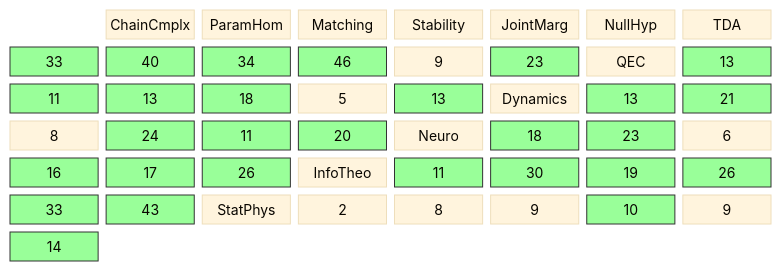
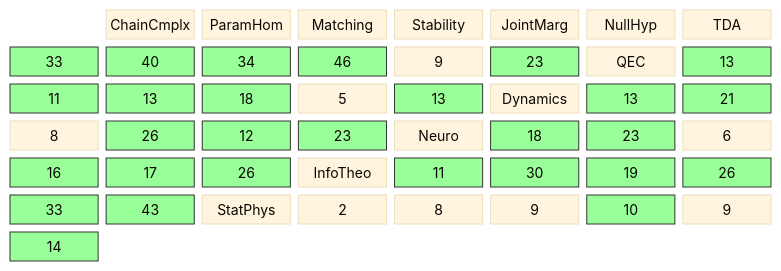
The diagram in diagrams/coverage-matrix.md (musicofhel/topoyolo), drawn with Mermaid before and after one commit. The commit also changed other lines of this file and 9 other files, not shown here.

````diff
--- a/diagrams/coverage-matrix.md
+++ b/diagrams/coverage-matrix.md
@@ -22,42 +22,42 @@
 ```mermaid
 %%{init: {'theme': 'base', 'themeVariables': {'fontSize': '14px'}}}%%
 block-beta
   columns 8
 
   space:1 CC["ChainCmplx"] PH["ParamHom"] MA["Matching"] ST["Stability"] JM["JointMarg"] NH["NullHyp"]
 
   TDA["TDA"] TDA_CC["33"] TDA_PH["40"] TDA_MA["34"] TDA_ST["46"] TDA_JM["9"] TDA_NH["23"]
   QEC["QEC"] QEC_CC["13"] QEC_PH["11"] QEC_MA["13"] QEC_ST["18"] QEC_JM["5"] QEC_NH["13"]
-  DYN["Dynamics"] DYN_CC["13"] DYN_PH["21"] DYN_MA["8"] DYN_ST["24"] DYN_JM["11"] DYN_NH["20"]
+  DYN["Dynamics"] DYN_CC["13"] DYN_PH["21"] DYN_MA["8"] DYN_ST["26"] DYN_JM["12"] DYN_NH["23"]
   NEU["Neuro"] NEU_CC["18"] NEU_PH["23"] NEU_MA["6"] NEU_ST["16"] NEU_JM["17"] NEU_NH["26"]
   IT["InfoTheo"] IT_CC["11"] IT_PH["30"] IT_MA["19"] IT_ST["26"] IT_JM["33"] IT_NH["43"]
   SP["StatPhys"] SP_CC["2"] SP_PH["8"] SP_MA["9"] SP_ST["10"] SP_JM["9"] SP_NH["14"]
   style TDA_CC fill:#9f9,stroke:#333
   style TDA_PH fill:#9f9,stroke:#333
   style TDA_MA fill:#9f9,stroke:#333
   style TDA_ST fill:#9f9,stroke:#333
   style TDA_NH fill:#9f9,stroke:#333
   style QEC_CC fill:#9f9,stroke:#333
   style QEC_PH fill:#9f9,stroke:#333
   style QEC_MA fill:#9f9,stroke:#333
   style QEC_ST fill:#9f9,stroke:#333
   style QEC_NH fill:#9f9,stroke:#333
   style DYN_CC fill:#9f9,stroke:#333
   style DYN_PH fill:#9f9,stroke:#333
   style DYN_ST fill:#9f9,stroke:#333
   style DYN_JM fill:#9f9,stroke:#333
   style DYN_NH fill:#9f9,stroke:#333
   style NEU_CC fill:#9f9,stroke:#333
   style NEU_PH fill:#9f9,stroke:#333
   style NEU_ST fill:#9f9,stroke:#333
   style NEU_JM fill:#9f9,stroke:#333
   style NEU_NH fill:#9f9,stroke:#333
   style IT_CC fill:#9f9,stroke:#333
   style IT_PH fill:#9f9,stroke:#333
   style IT_MA fill:#9f9,stroke:#333
   style IT_ST fill:#9f9,stroke:#333
   style IT_JM fill:#9f9,stroke:#333
   style IT_NH fill:#9f9,stroke:#333
   style SP_ST fill:#9f9,stroke:#333
   style SP_NH fill:#9f9,stroke:#333
 ```
````
